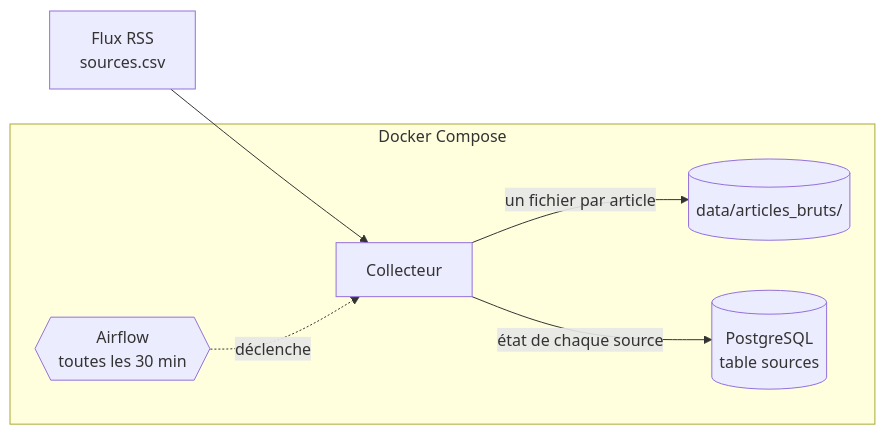
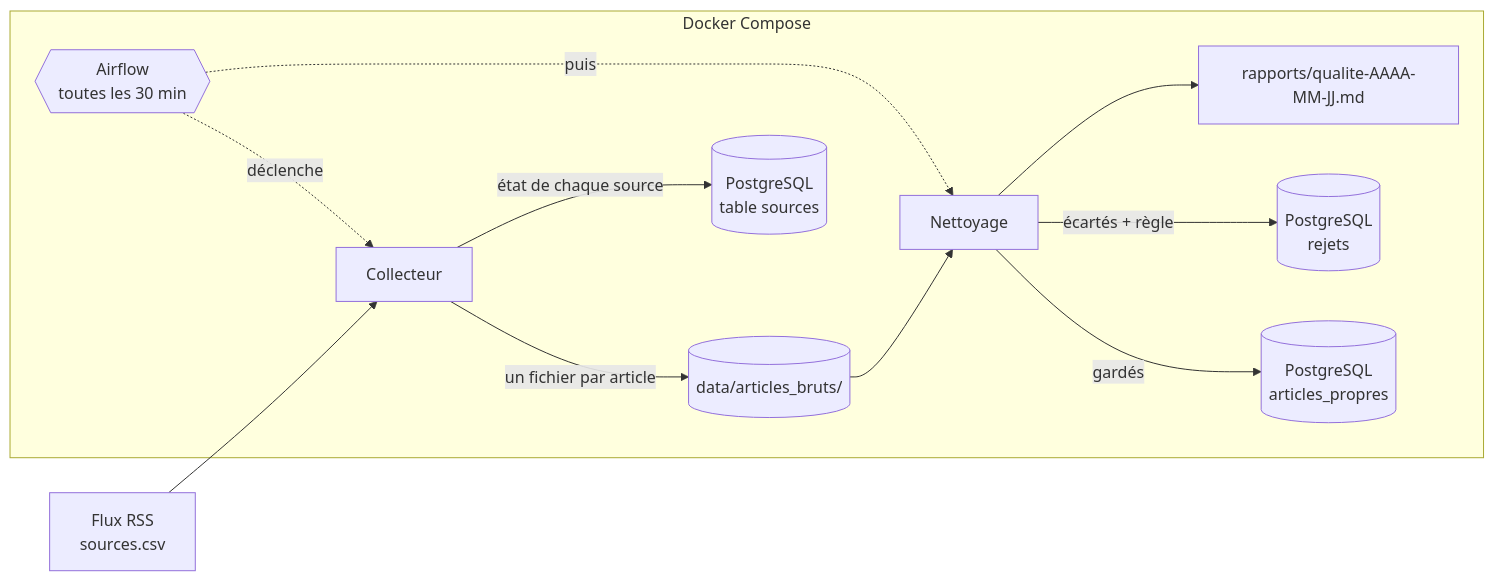
The diagram in README.md (emiliehhd/M2Ops_Gazette), drawn with Mermaid before and after one commit. The commit also changed other lines of this file and 11 other files, not shown here.

Commit message:
feat(qualite): tables articles_propres et rejets, nettoyage après chaque passe, rapport du jour

````diff
--- a/README.md
+++ b/README.md
@@ -23,9 +24,14 @@
 ```mermaid
 flowchart LR
     S[Flux RSS<br/>sources.csv] --> C[Collecteur]
     subgraph Docker Compose
         AF{{Airflow<br/>toutes les 30 min}} -.déclenche.-> C
+        AF -.puis.-> N[Nettoyage]
         C -->|un fichier par article| B[(data/articles_bruts/)]
         C -->|état de chaque source| P[(PostgreSQL<br/>table sources)]
+        B --> N
+        N -->|gardés| AP[(PostgreSQL<br/>articles_propres)]
+        N -->|écartés + règle| RJ[(PostgreSQL<br/>rejets)]
+        N --> RQ[rapports/qualite-AAAA-MM-JJ.md]
     end
 ```
````
